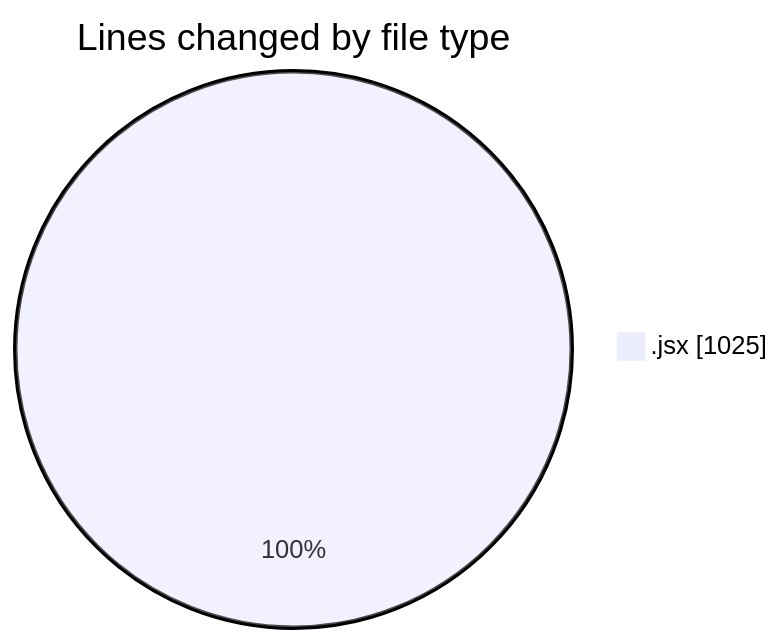
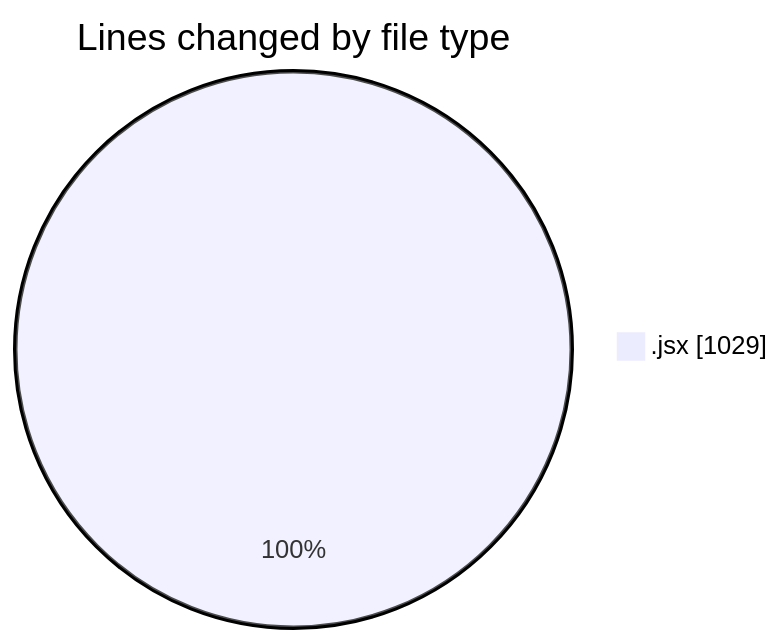
One commit to nxtqubesakshisongat/code-tracking changed the first of 2 diagrams in 2025-05-05/nxtqube_webapp/README.md. Above: the diagram before and after it, drawn with Mermaid. The commit also changed other lines of this file and 1 other file, not shown here.

````diff
--- a/2025-05-05/nxtqube_webapp/README.md
+++ b/2025-05-05/nxtqube_webapp/README.md
@@ -20,5 +20,5 @@
 ```mermaid
 pie showData
 title Lines changed by file type
-".jsx" : 1025
+".jsx" : 1029
 ```
````
